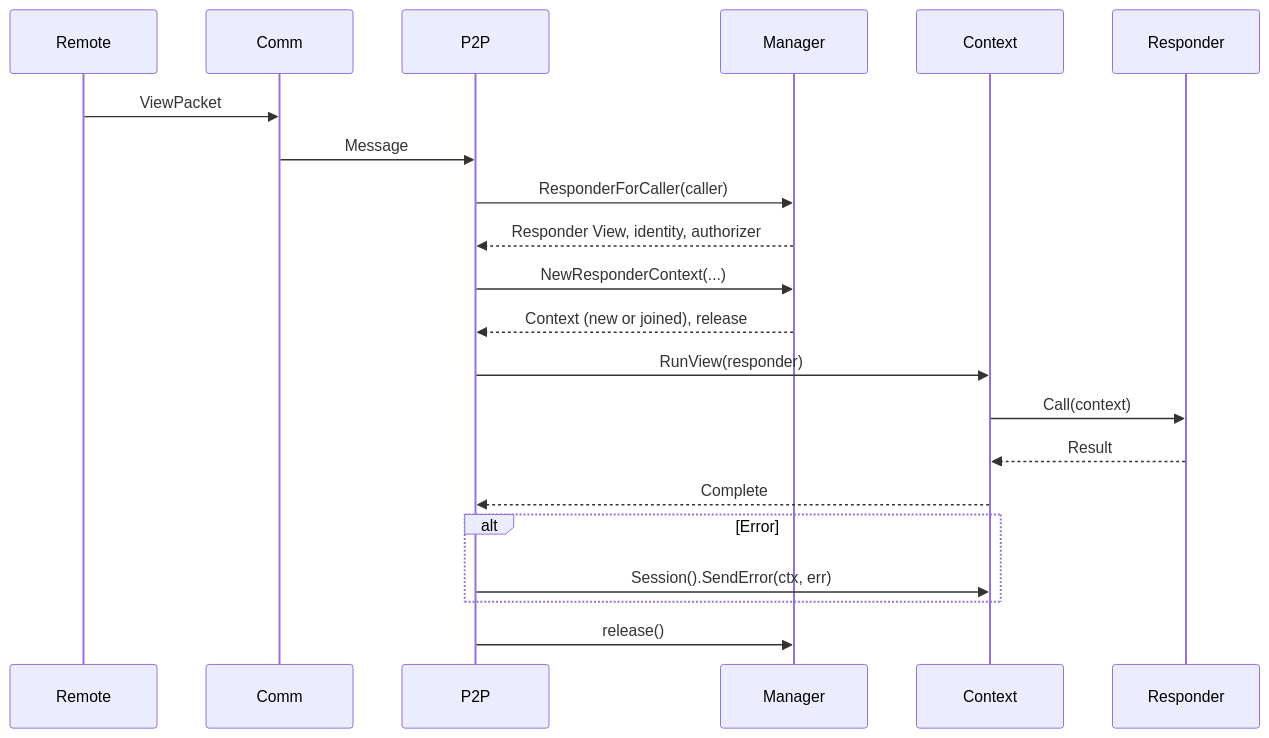
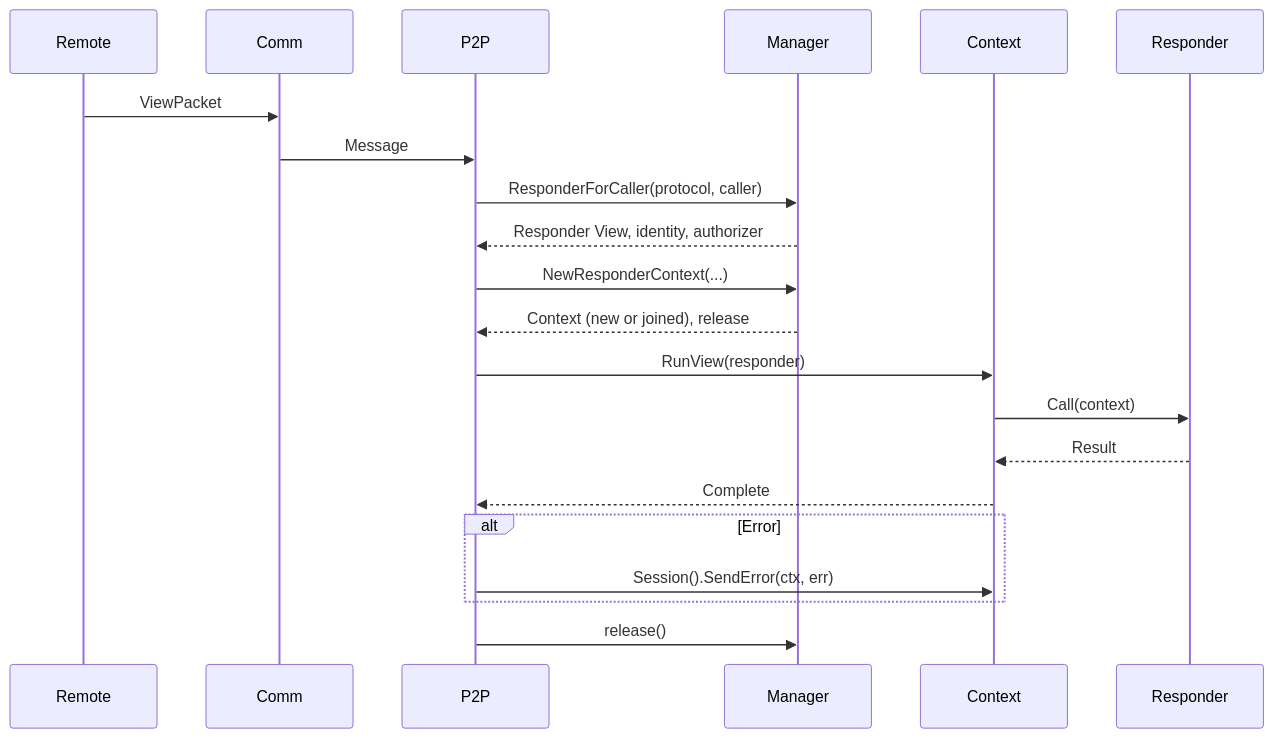
One commit to hyperledger-labs/fabric-smart-client changed the fourth of 4 diagrams in docs/platform/view/services/view-service.md. Above: the diagram before and after it, drawn with Mermaid. The commit also changed other lines of this file and 7 other files, not shown here.

````diff
--- a/docs/platform/view/services/view-service.md
+++ b/docs/platform/view/services/view-service.md
@@ -488,28 +494,28 @@
 ```mermaid
 sequenceDiagram
     participant Remote
     participant Comm
     participant P2P
     participant Manager
     participant Context
     participant Responder
 
     Remote->>Comm: ViewPacket
     Comm->>P2P: Message
-    P2P->>Manager: ResponderForCaller(caller)
+    P2P->>Manager: ResponderForCaller(protocol, caller)
     Manager-->>P2P: Responder View, identity, authorizer
     
     P2P->>Manager: NewResponderContext(...)
     Manager-->>P2P: Context (new or joined), release
     
     P2P->>Context: RunView(responder)
     Context->>Responder: Call(context)
     Responder-->>Context: Result
     Context-->>P2P: Complete
     
     alt Error
         P2P->>Context: Session().SendError(ctx, err)
     end
     
     P2P->>Manager: release()
 ```
````
